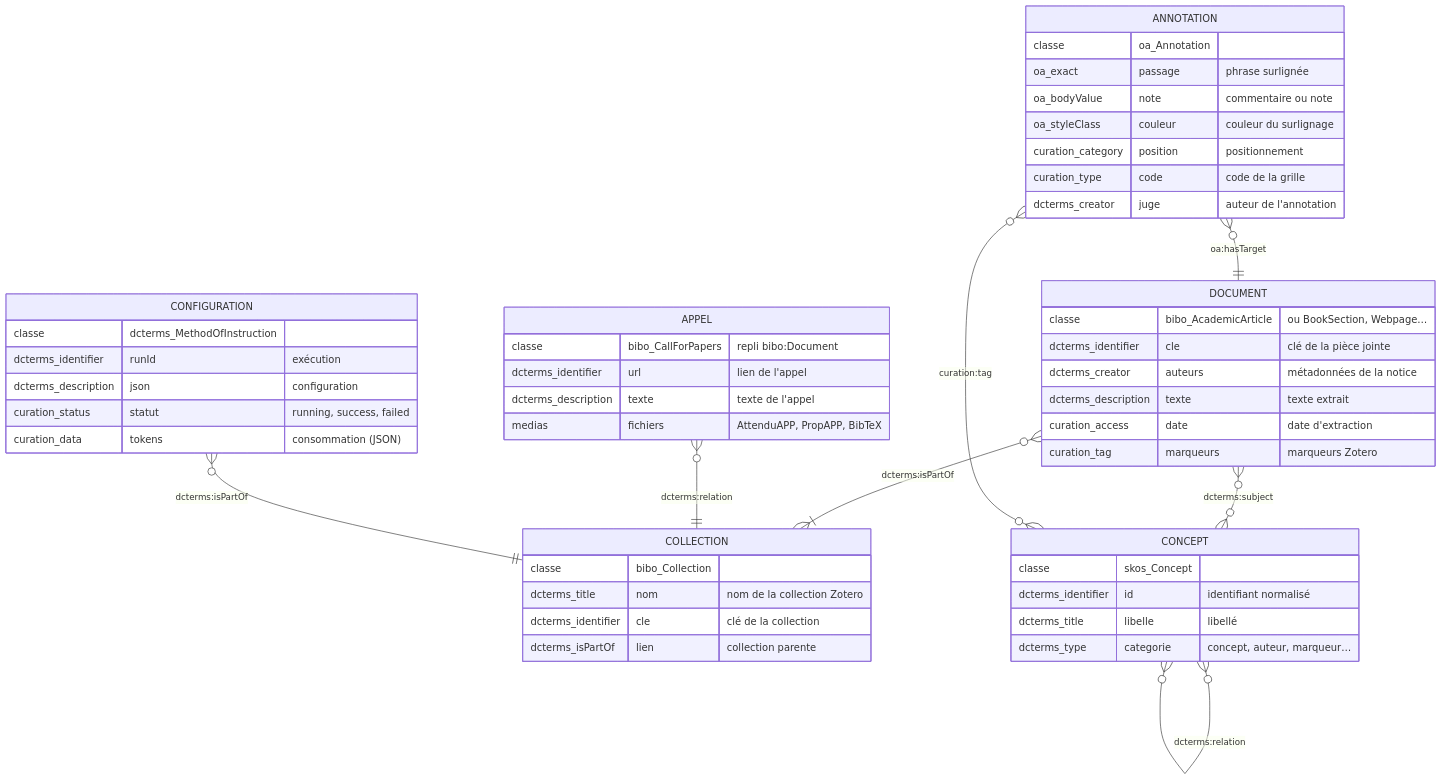
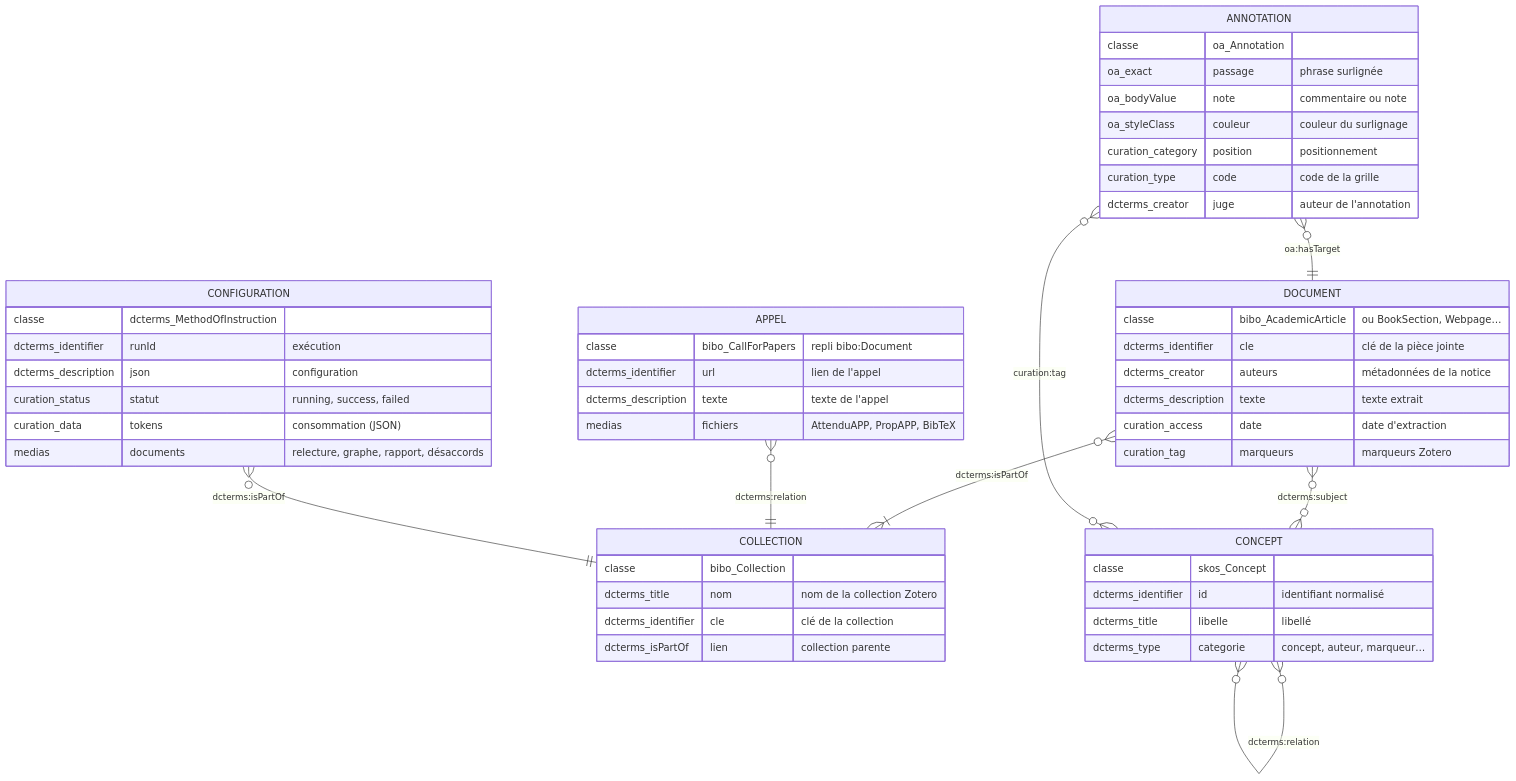
One commit to samszo/ecosysteme-agents-recherche changed the seventh of 7 diagrams in docs/technique.md. Above: the diagram before and after it, drawn with Mermaid. The commit also changed other lines of this file and 13 other files, not shown here.

````diff
--- a/docs/technique.md
+++ b/docs/technique.md
@@ -221,52 +232,53 @@
 ```mermaid
 erDiagram
     COLLECTION {
         classe bibo_Collection
         dcterms_title nom "nom de la collection Zotero"
         dcterms_identifier cle "clé de la collection"
         dcterms_isPartOf lien "collection parente"
     }
     DOCUMENT {
         classe bibo_AcademicArticle "ou BookSection, Webpage…"
         dcterms_identifier cle "clé de la pièce jointe"
         dcterms_creator auteurs "métadonnées de la notice"
         dcterms_description texte "texte extrait"
         curation_access date "date d'extraction"
         curation_tag marqueurs "marqueurs Zotero"
     }
     ANNOTATION {
         classe oa_Annotation
         oa_exact passage "phrase surlignée"
         oa_bodyValue note "commentaire ou note"
         oa_styleClass couleur "couleur du surlignage"
         curation_category position "positionnement"
         curation_type code "code de la grille"
         dcterms_creator juge "auteur de l'annotation"
     }
     CONCEPT {
         classe skos_Concept
         dcterms_identifier id "identifiant normalisé"
         dcterms_title libelle "libellé"
         dcterms_type categorie "concept, auteur, marqueur…"
     }
     APPEL {
         classe bibo_CallForPapers "repli bibo:Document"
         dcterms_identifier url "lien de l'appel"
         dcterms_description texte "texte de l'appel"
         medias fichiers "AttenduAPP, PropAPP, BibTeX"
     }
     CONFIGURATION {
         classe dcterms_MethodOfInstruction
         dcterms_identifier runId "exécution"
         dcterms_description json "configuration"
         curation_status statut "running, success, failed"
         curation_data tokens "consommation (JSON)"
+        medias documents "relecture, graphe, rapport, désaccords"
     }
     DOCUMENT }o--|{ COLLECTION : "dcterms:isPartOf"
     ANNOTATION }o--|| DOCUMENT : "oa:hasTarget"
     DOCUMENT }o--o{ CONCEPT : "dcterms:subject"
     ANNOTATION }o--o{ CONCEPT : "curation:tag"
     CONCEPT }o--o{ CONCEPT : "dcterms:relation"
     APPEL }o--|| COLLECTION : "dcterms:relation"
     CONFIGURATION }o--|| COLLECTION : "dcterms:isPartOf"
 ```
````
